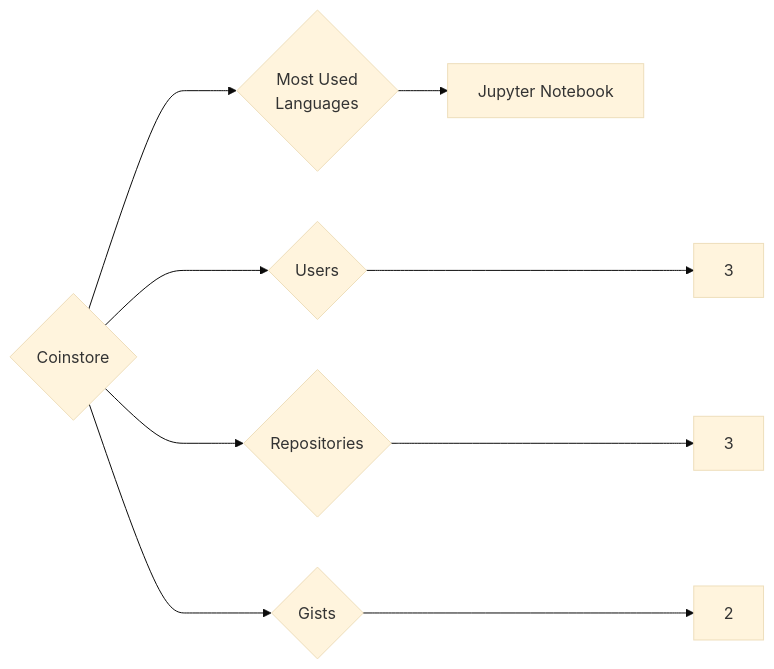
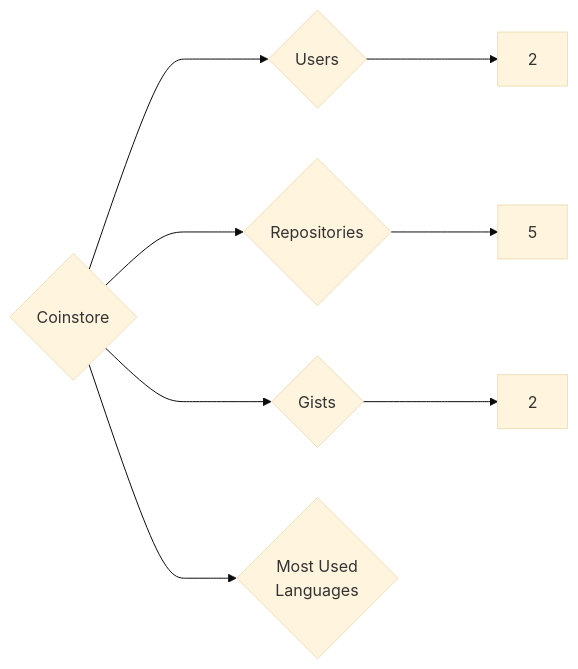
The diagram in targets/Coinstore/README.md (trickest/insiders), drawn with Mermaid (base theme) before and after one commit. The commit also changed 857 other files, not shown here.

````diff
--- a/targets/Coinstore/README.md
+++ b/targets/Coinstore/README.md
@@ -3,9 +3,8 @@
 ```mermaid
 graph LR
 COMPANY_NAME{Coinstore}
-COMPANY_NAME ---> U{Users} ---> UN[3]
-COMPANY_NAME ---> R{Repositories} ---> RN[3]
+COMPANY_NAME ---> U{Users} ---> UN[2]
+COMPANY_NAME ---> R{Repositories} ---> RN[5]
 COMPANY_NAME ---> G{Gists} ---> GN[2]
 COMPANY_NAME ---> ML{Most Used<br>Languages}
-ML --> Jupyter_Notebook[Jupyter Notebook]
 ```
````
